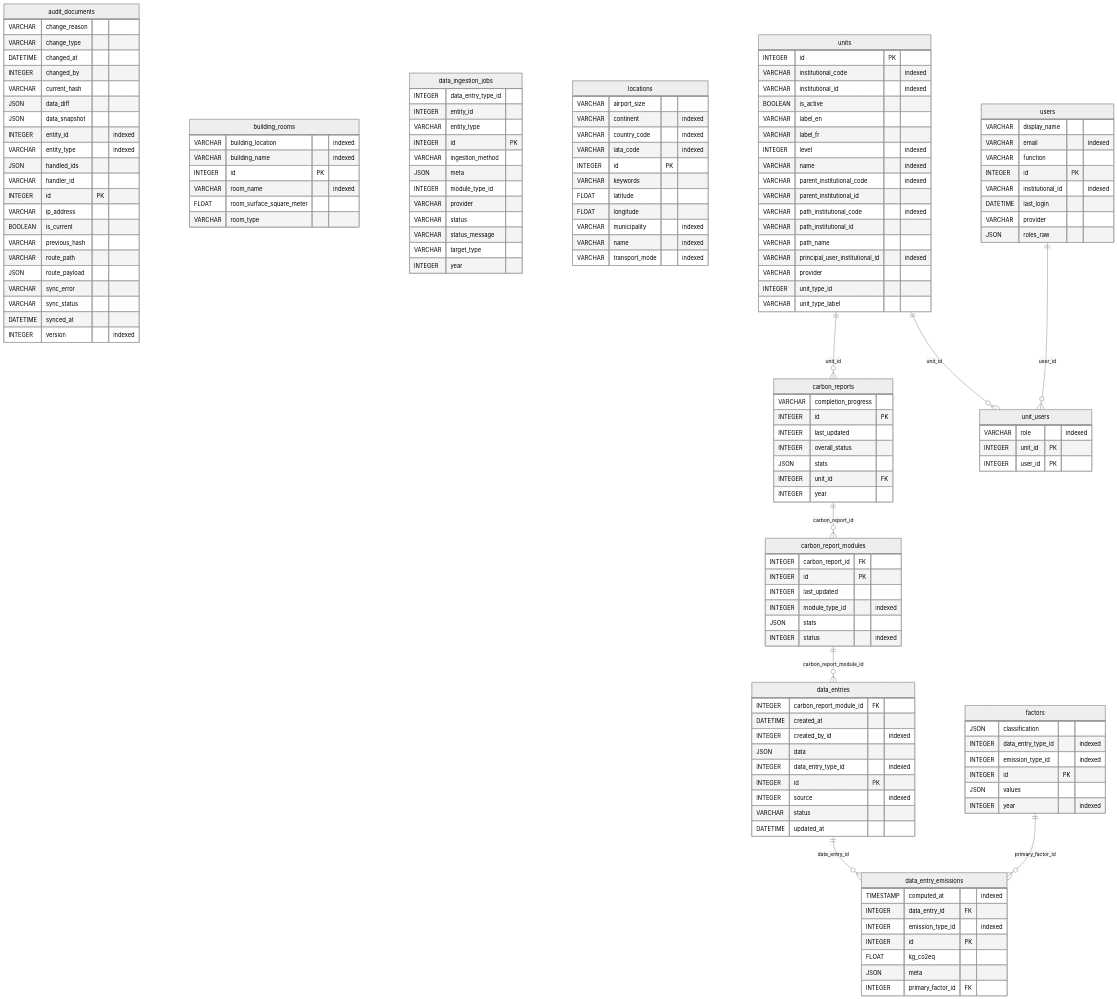
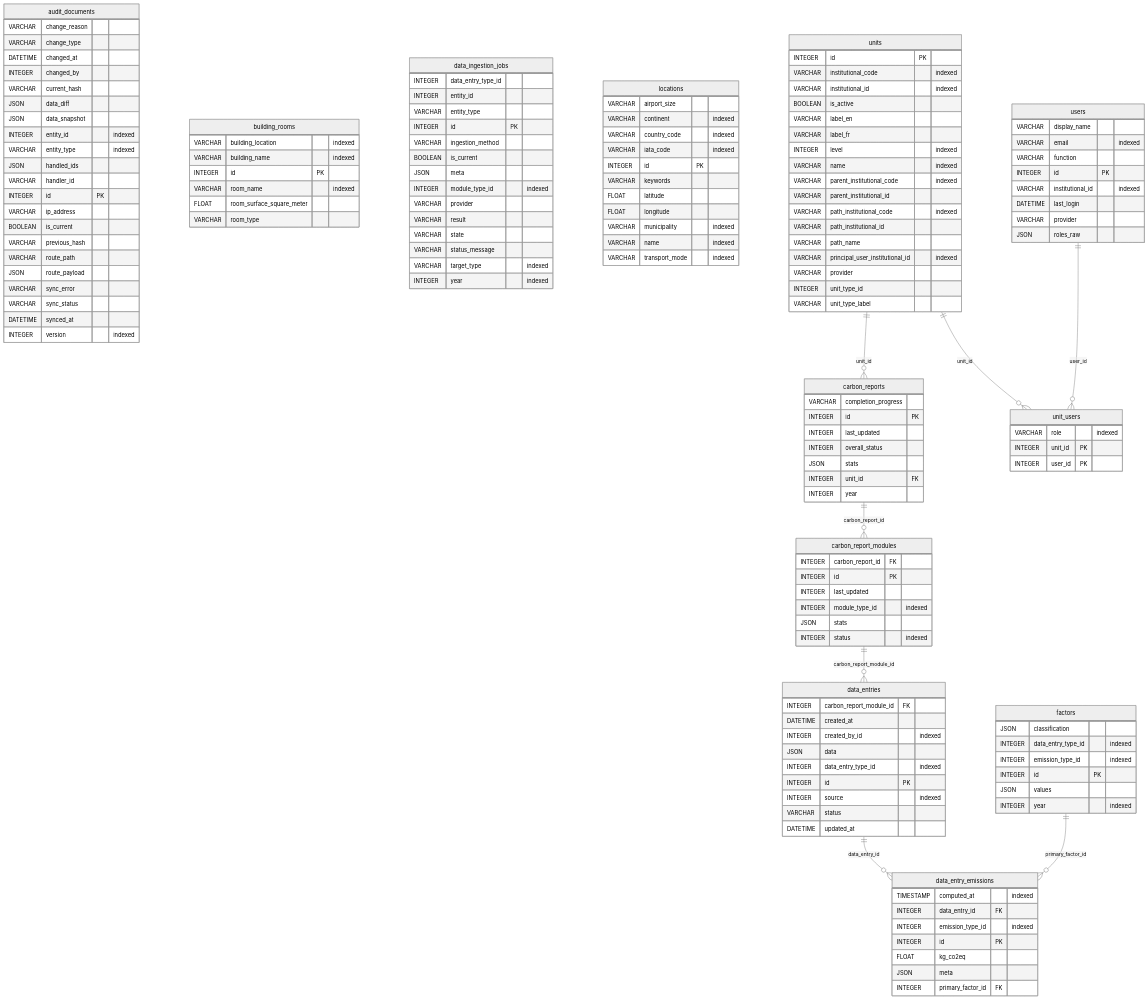
Before and after one commit to EPFL-ENAC/co2-calculator: the diagram in docs/src/database/erd.md, drawn with Mermaid (neutral theme). The commit also changed 1 other file, not shown here.

Commit message:
feat(243): add travel load with emissions

```diff
--- a/docs/src/database/erd.md
+++ b/docs/src/database/erd.md
@@ -76,13 +76,15 @@
     VARCHAR entity_type
     INTEGER id PK
     VARCHAR ingestion_method
+    BOOLEAN is_current
     JSON meta
-    INTEGER module_type_id
+    INTEGER module_type_id "indexed"
     VARCHAR provider
-    VARCHAR status
+    VARCHAR result
+    VARCHAR state
     VARCHAR status_message
-    VARCHAR target_type
-    INTEGER year
+    VARCHAR target_type "indexed"
+    INTEGER year "indexed"
   }
   factors {
     JSON classification
```
